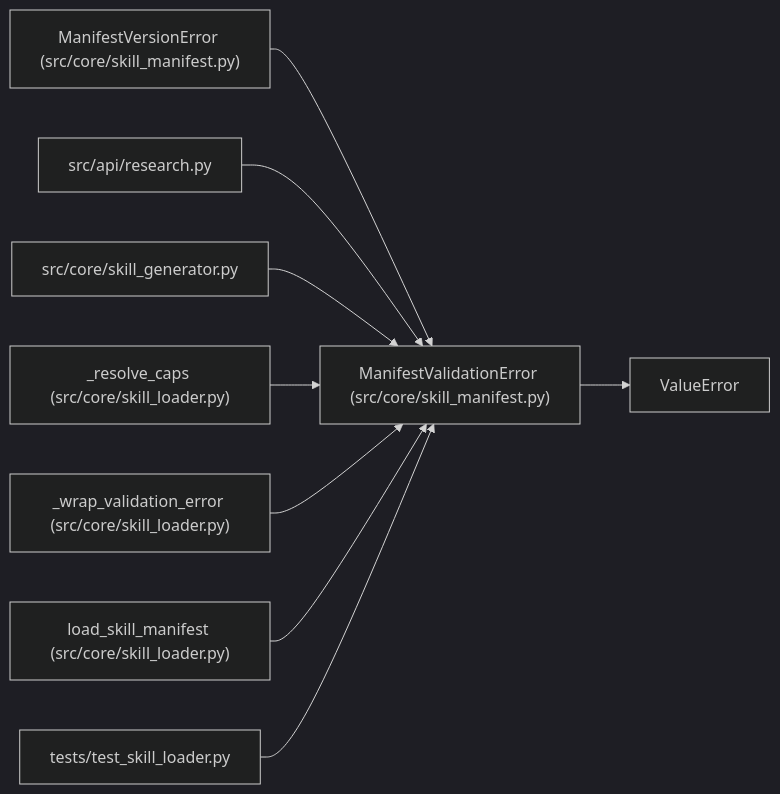
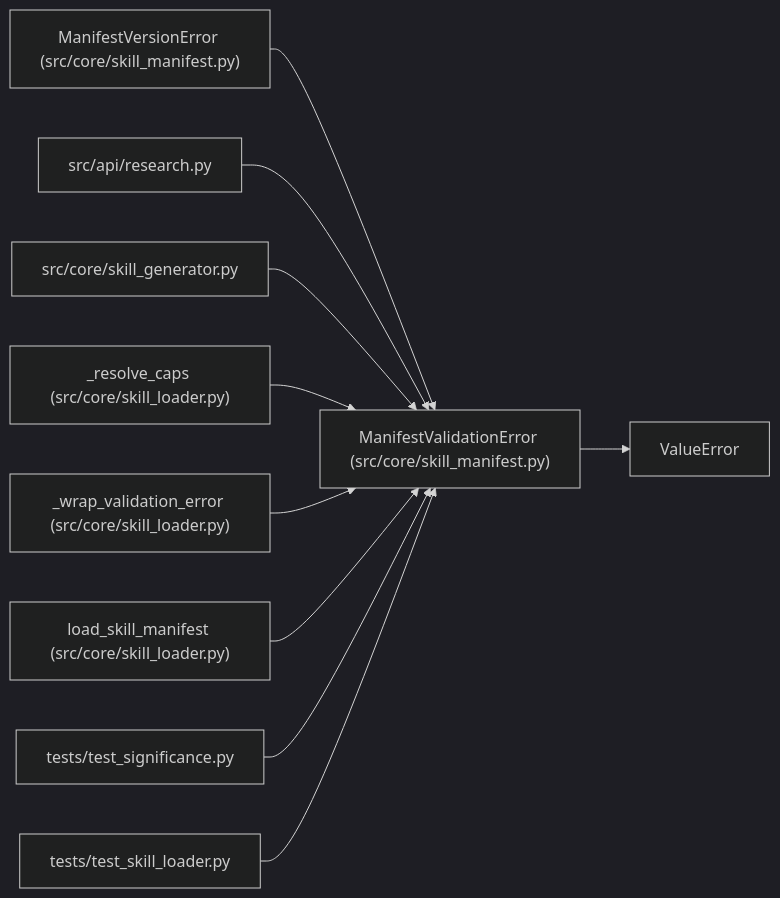
The diagram in docs/llm_wiki/entities/ManifestValidationError.md (Denissvgn/autoresearch-agent), drawn with Mermaid (dark theme) before and after one commit. The commit also changed other lines of this file and 1033 other files, not shown here.

````diff
--- a/docs/llm_wiki/entities/ManifestValidationError.md
+++ b/docs/llm_wiki/entities/ManifestValidationError.md
@@ -27,28 +27,31 @@
 ```mermaid
 flowchart LR
     n0["ManifestValidationError (src/core/skill_manifest.py)"]
     n1["ValueError"]
     n2["ManifestVersionError (src/core/skill_manifest.py)"]
     n3["src/api/research.py"]
     n4["src/core/skill_generator.py"]
     n5["_resolve_caps (src/core/skill_loader.py)"]
     n6["_wrap_validation_error (src/core/skill_loader.py)"]
     n7["load_skill_manifest (src/core/skill_loader.py)"]
-    n8["tests/test_skill_loader.py"]
+    n8["tests/test_significance.py"]
+    n9["tests/test_skill_loader.py"]
     n0 --> n1
     n2 --> n0
     n3 --> n0
     n4 --> n0
     n5 --> n0
     n6 --> n0
     n7 --> n0
     n8 --> n0
+    n9 --> n0
     click n0 "../modules/skill_manifest.md"
     click n2 "../modules/skill_manifest.md"
     click n3 "../modules/research.md"
     click n4 "../modules/skill_generator.md"
     click n5 "../modules/skill_loader.md"
     click n6 "../modules/skill_loader.md"
     click n7 "../modules/skill_loader.md"
-    click n8 "../modules/test_skill_loader.md"
+    click n8 "../modules/test_significance.md"
+    click n9 "../modules/test_skill_loader.md"
 ```
````
